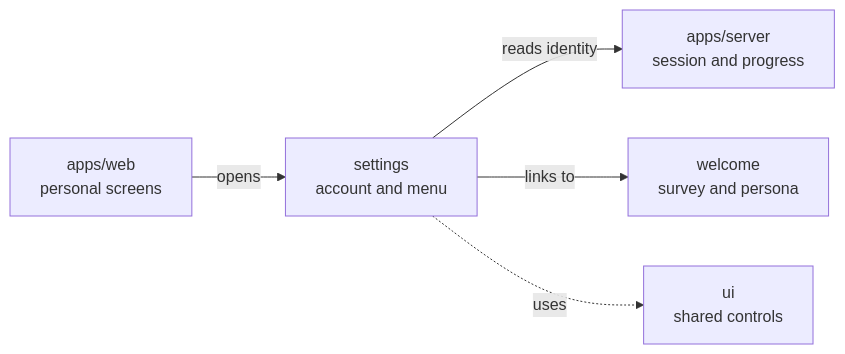
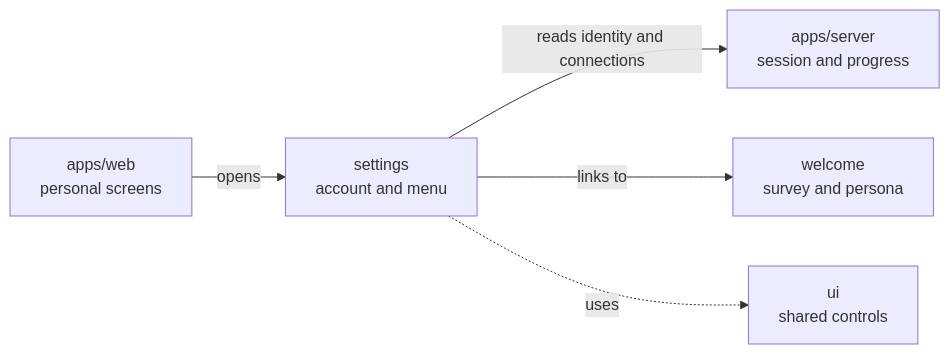
Before and after one commit to elewa-git/opencrane-new: the diagram in apps/web/src/app/settings/README.md, drawn with Mermaid. The commit also changed other lines of this file and 24 other files, not shown here.

````diff
--- a/apps/web/src/app/settings/README.md
+++ b/apps/web/src/app/settings/README.md
@@ -14,7 +14,7 @@
 ```mermaid
 flowchart LR
   web["apps/web<br/>personal screens"] -->|opens| settings["settings<br/>account and menu"]
-  settings -->|reads identity| server["apps/server<br/>session and progress"]
+  settings -->|reads identity and connections| server["apps/server<br/>session and progress"]
   settings -->|links to| welcome["welcome<br/>survey and persona"]
   settings -.->|uses| ui["ui<br/>shared controls"]
 ```
````
